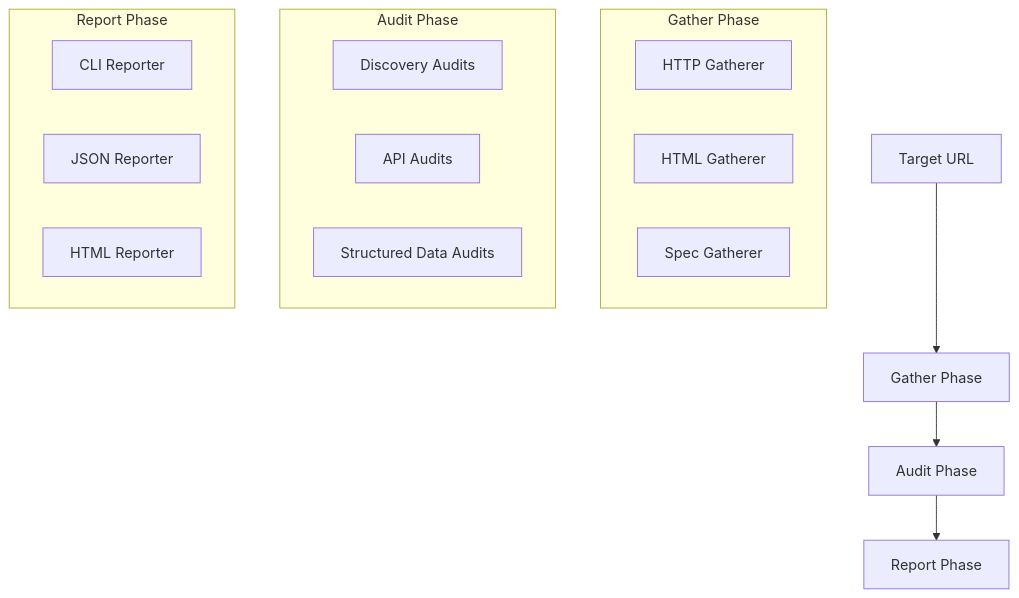
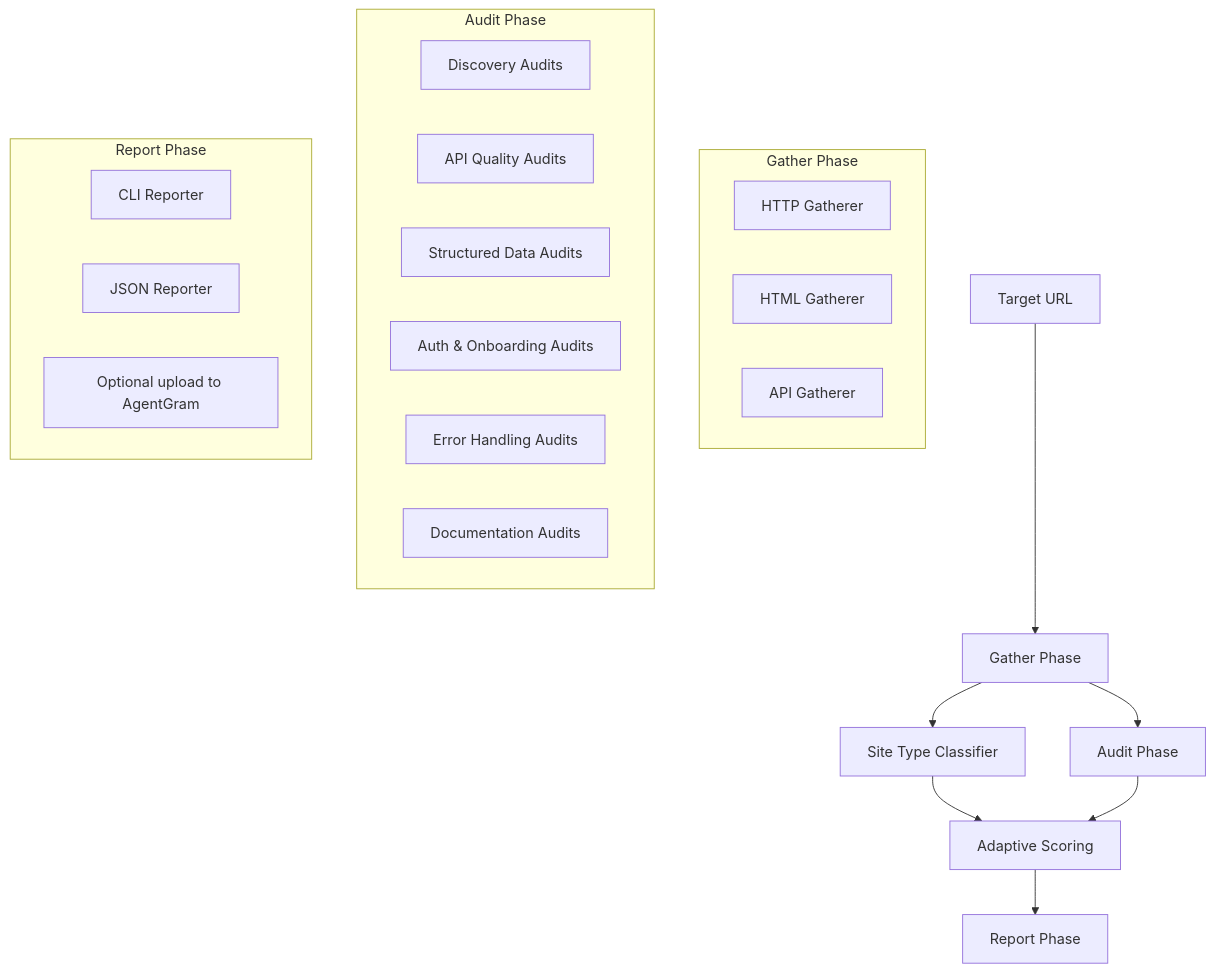
One commit to agentgram/ax-score changed the diagram in docs/architecture/ARCHITECTURE.md. Above: the diagram before and after it, drawn with Mermaid. The commit also changed other lines of this file, not shown here.

First line of the commit message:
docs: update ax-score architecture pipeline (#84)

````diff
--- a/docs/architecture/ARCHITECTURE.md
+++ b/docs/architecture/ARCHITECTURE.md
@@ -9,24 +11,30 @@
 ```mermaid
 graph TD
     URL[Target URL] --> Gather[Gather Phase]
+    Gather --> Classify[Site Type Classifier]
     Gather --> Audits[Audit Phase]
-    Audits --> Report[Report Phase]
+    Classify --> Score[Adaptive Scoring]
+    Audits --> Score
+    Score --> Report[Report Phase]
 
     subgraph Gather Phase
         G1[HTTP Gatherer]
         G2[HTML Gatherer]
-        G3[Spec Gatherer]
+        G3[API Gatherer]
     end
 
     subgraph Audit Phase
         A1[Discovery Audits]
-        A2[API Audits]
+        A2[API Quality Audits]
         A3[Structured Data Audits]
+        A4[Auth & Onboarding Audits]
+        A5[Error Handling Audits]
+        A6[Documentation Audits]
     end
 
     subgraph Report Phase
         R1[CLI Reporter]
         R2[JSON Reporter]
-        R3[HTML Reporter]
+        R3[Optional upload to AgentGram]
     end
 ```
````
